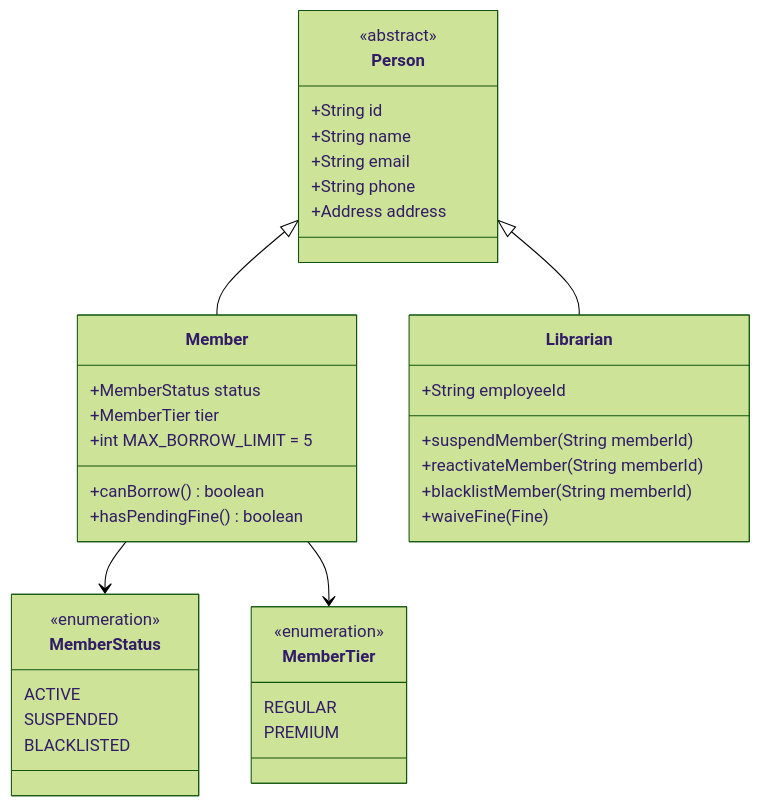
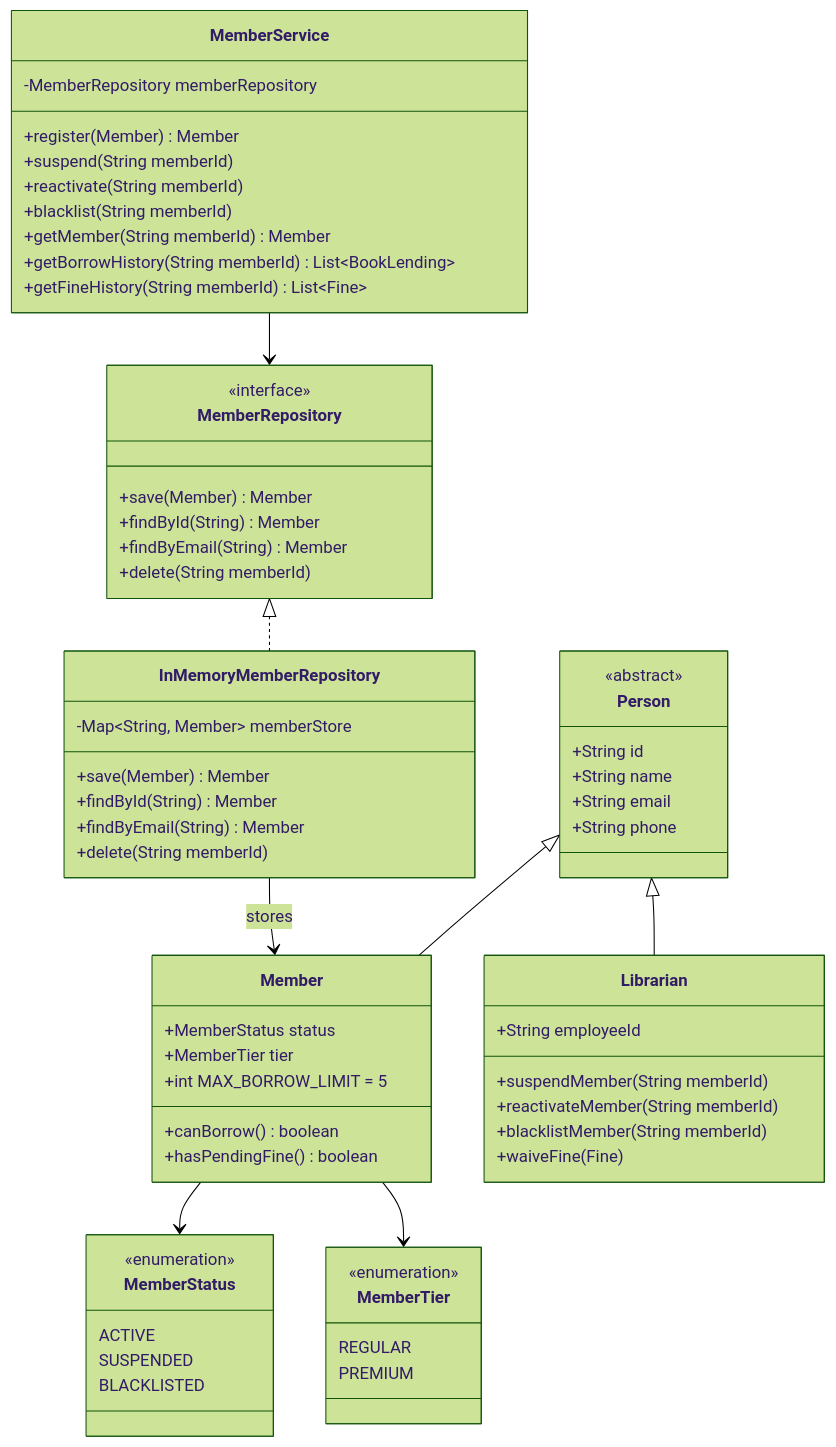
Before and after one commit to Arnavjain1703/LLD: the second of 9 diagrams in LibraryManagementSystem/class-diagram.md, drawn with Mermaid (forest theme). The commit also changed other lines of this file, not shown here.

````diff
--- a/LibraryManagementSystem/class-diagram.md
+++ b/LibraryManagementSystem/class-diagram.md
@@ -59,45 +123,74 @@
 ```mermaid
 classDiagram
     class MemberStatus {
         <<enumeration>>
         ACTIVE
         SUSPENDED
         BLACKLISTED
     }
 
     class MemberTier {
         <<enumeration>>
         REGULAR
         PREMIUM
     }
 
     class Person {
         <<abstract>>
         +String id
         +String name
         +String email
         +String phone
-        +Address address
     }
 
     class Member {
         +MemberStatus status
         +MemberTier tier
         +int MAX_BORROW_LIMIT = 5
         +canBorrow() boolean
         +hasPendingFine() boolean
     }
 
     class Librarian {
         +String employeeId
         +suspendMember(String memberId)
         +reactivateMember(String memberId)
         +blacklistMember(String memberId)
         +waiveFine(Fine)
     }
 
+    class MemberRepository {
+        <<interface>>
+        +save(Member) Member
+        +findById(String) Member
+        +findByEmail(String) Member
+        +delete(String memberId)
+    }
+
+    class InMemoryMemberRepository {
+        -Map~String, Member~ memberStore
+        +save(Member) Member
+        +findById(String) Member
+        +findByEmail(String) Member
+        +delete(String memberId)
+    }
+
+    class MemberService {
+        -MemberRepository memberRepository
+        +register(Member) Member
+        +suspend(String memberId)
+        +reactivate(String memberId)
+        +blacklist(String memberId)
+        +getMember(String memberId) Member
+        +getBorrowHistory(String memberId) List~BookLending~
+        +getFineHistory(String memberId) List~Fine~
+    }
+
     Person <|-- Member
     Person <|-- Librarian
     Member --> MemberStatus
     Member --> MemberTier
+    MemberRepository <|.. InMemoryMemberRepository
+    InMemoryMemberRepository --> Member : stores
+    MemberService --> MemberRepository
 ```
````
